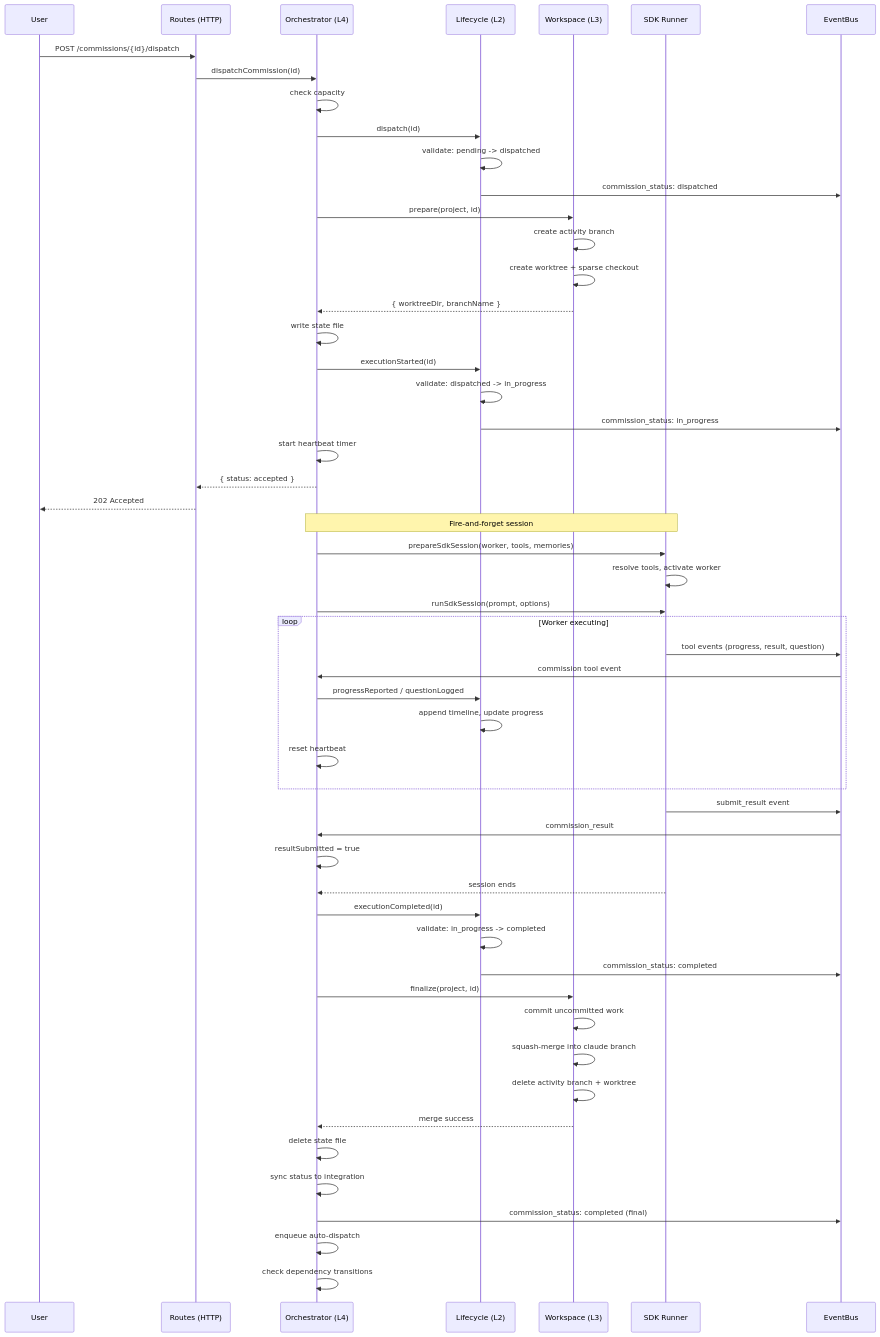
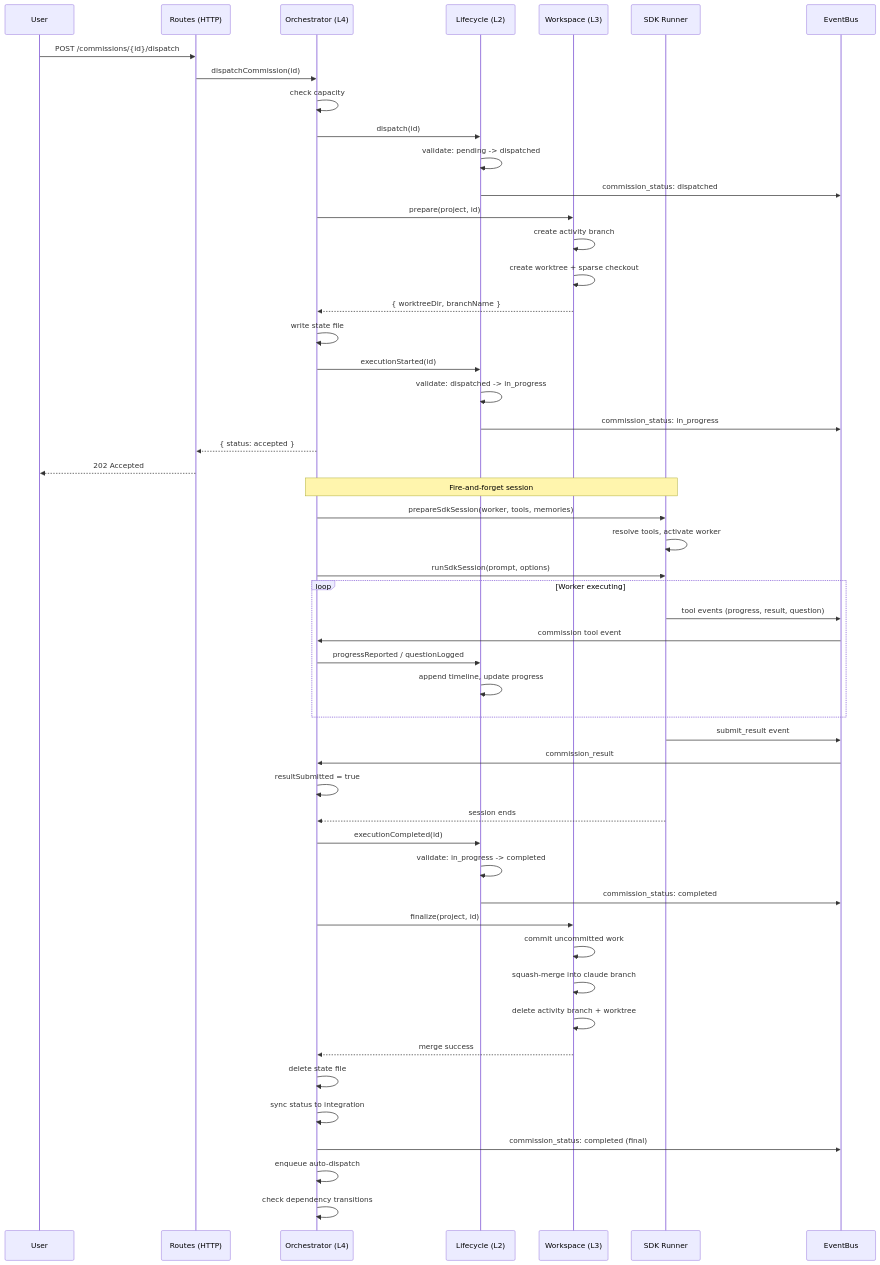
The second of 5 diagrams in .lore/diagrams/commission-lifecycle.md (rjroy/guild-hall), drawn with Mermaid before and after one commit. The commit also changed other lines of this file and 5 other files, not shown here.

````diff
--- a/.lore/diagrams/commission-lifecycle.md
+++ b/.lore/diagrams/commission-lifecycle.md
@@ -71,65 +71,63 @@
 ```mermaid
 sequenceDiagram
     participant User
     participant Routes as Routes (HTTP)
     participant Orch as Orchestrator (L4)
     participant Life as Lifecycle (L2)
     participant Work as Workspace (L3)
     participant SDK as SDK Runner
     participant EB as EventBus
 
     User->>Routes: POST /commissions/{id}/dispatch
     Routes->>Orch: dispatchCommission(id)
     Orch->>Orch: check capacity
     Orch->>Life: dispatch(id)
     Life->>Life: validate: pending -> dispatched
     Life->>EB: commission_status: dispatched
 
     Orch->>Work: prepare(project, id)
     Work->>Work: create activity branch
     Work->>Work: create worktree + sparse checkout
     Work-->>Orch: { worktreeDir, branchName }
 
     Orch->>Orch: write state file
     Orch->>Life: executionStarted(id)
     Life->>Life: validate: dispatched -> in_progress
     Life->>EB: commission_status: in_progress
-    Orch->>Orch: start heartbeat timer
     Orch-->>Routes: { status: accepted }
     Routes-->>User: 202 Accepted
 
     Note over Orch,SDK: Fire-and-forget session
 
     Orch->>SDK: prepareSdkSession(worker, tools, memories)
     SDK->>SDK: resolve tools, activate worker
     Orch->>SDK: runSdkSession(prompt, options)
 
     loop Worker executing
         SDK->>EB: tool events (progress, result, question)
         EB->>Orch: commission tool event
         Orch->>Life: progressReported / questionLogged
         Life->>Life: append timeline, update progress
-        Orch->>Orch: reset heartbeat
     end
 
     SDK->>EB: submit_result event
     EB->>Orch: commission_result
     Orch->>Orch: resultSubmitted = true
     SDK-->>Orch: session ends
 
     Orch->>Life: executionCompleted(id)
     Life->>Life: validate: in_progress -> completed
     Life->>EB: commission_status: completed
 
     Orch->>Work: finalize(project, id)
     Work->>Work: commit uncommitted work
     Work->>Work: squash-merge into claude branch
     Work->>Work: delete activity branch + worktree
     Work-->>Orch: merge success
 
     Orch->>Orch: delete state file
     Orch->>Orch: sync status to integration
     Orch->>EB: commission_status: completed (final)
     Orch->>Orch: enqueue auto-dispatch
     Orch->>Orch: check dependency transitions
 ```
````
